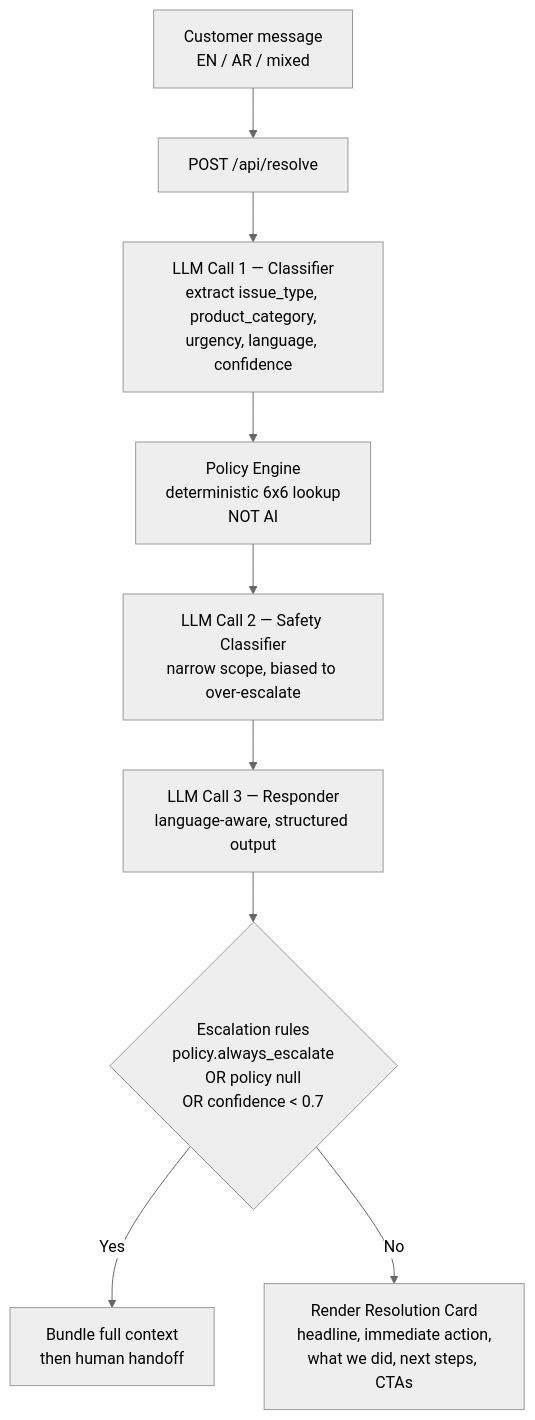
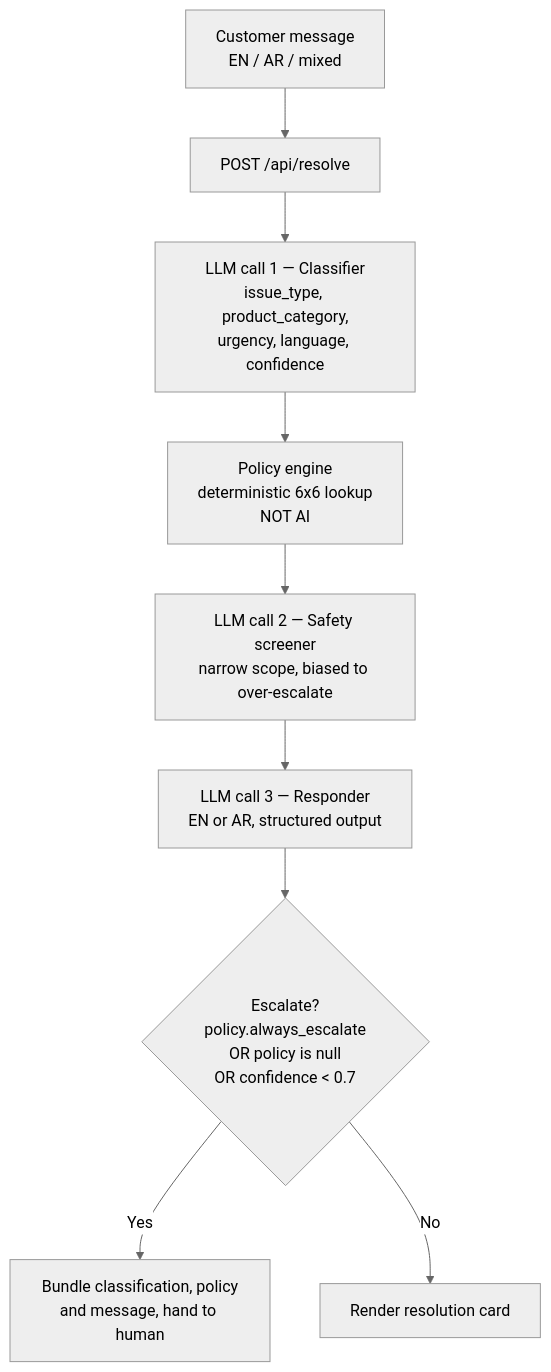
The diagram in README.md (chinmoypaul8897/mumzworld-resolver), drawn with Mermaid (neutral theme) before and after one commit. The commit also changed other lines of this file and 12 other files, not shown here.

````diff
--- a/README.md
+++ b/README.md
@@ -86,11 +92,11 @@
 ```mermaid
 flowchart TD
-    A[Customer message<br/>EN / AR / mixed] --> B[POST /api/resolve]
-    B --> C[LLM Call 1 — Classifier<br/>extract issue_type, product_category,<br/>urgency, language, confidence]
-    C --> D[Policy Engine<br/>deterministic 6x6 lookup<br/>NOT AI]
-    D --> E[LLM Call 2 — Safety Classifier<br/>narrow scope, biased to over-escalate]
-    E --> F[LLM Call 3 — Responder<br/>language-aware, structured output]
-    F --> G{Escalation rules<br/>policy.always_escalate<br/>OR policy null<br/>OR confidence < 0.7}
-    G -->|Yes| H[Bundle full context<br/>then human handoff]
-    G -->|No| I[Render Resolution Card<br/>headline, immediate action,<br/>what we did, next steps, CTAs]
+    A["Customer message<br/>EN / AR / mixed"] --> B["POST /api/resolve"]
+    B --> C["LLM call 1 — Classifier<br/>issue_type, product_category,<br/>urgency, language, confidence"]
+    C --> D["Policy engine<br/>deterministic 6x6 lookup<br/>NOT AI"]
+    D --> E["LLM call 2 — Safety screener<br/>narrow scope, biased to over-escalate"]
+    E --> F["LLM call 3 — Responder<br/>EN or AR, structured output"]
+    F --> G{"Escalate?<br/>policy.always_escalate<br/>OR policy is null<br/>OR confidence &lt; 0.7"}
+    G -->|Yes| H["Bundle classification, policy<br/>and message, hand to human"]
+    G -->|No| I["Render resolution card"]
 ```
````
